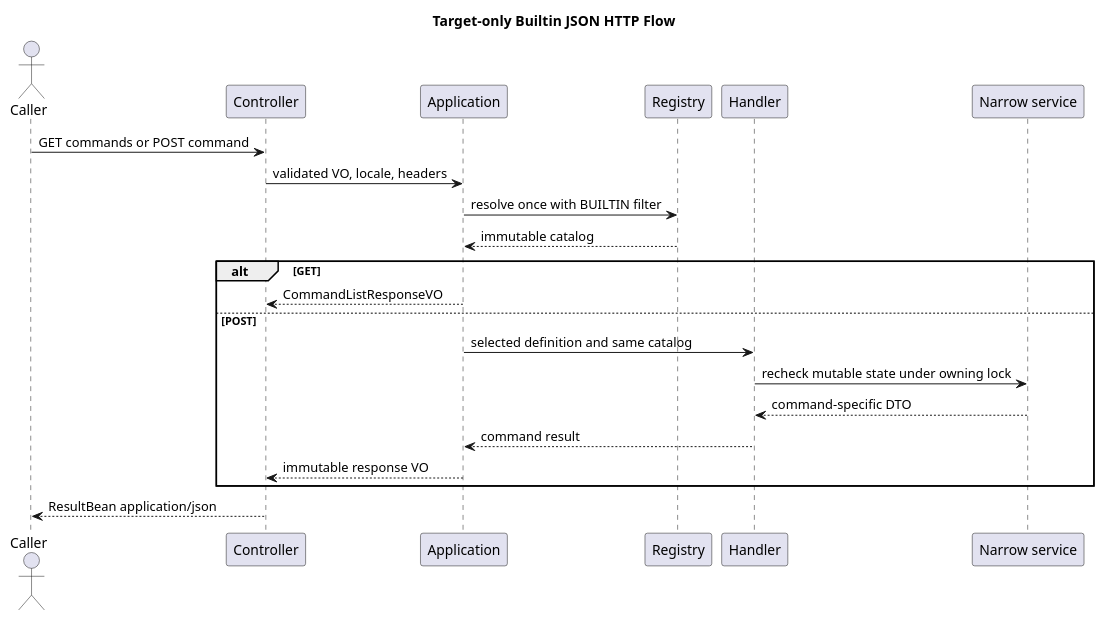
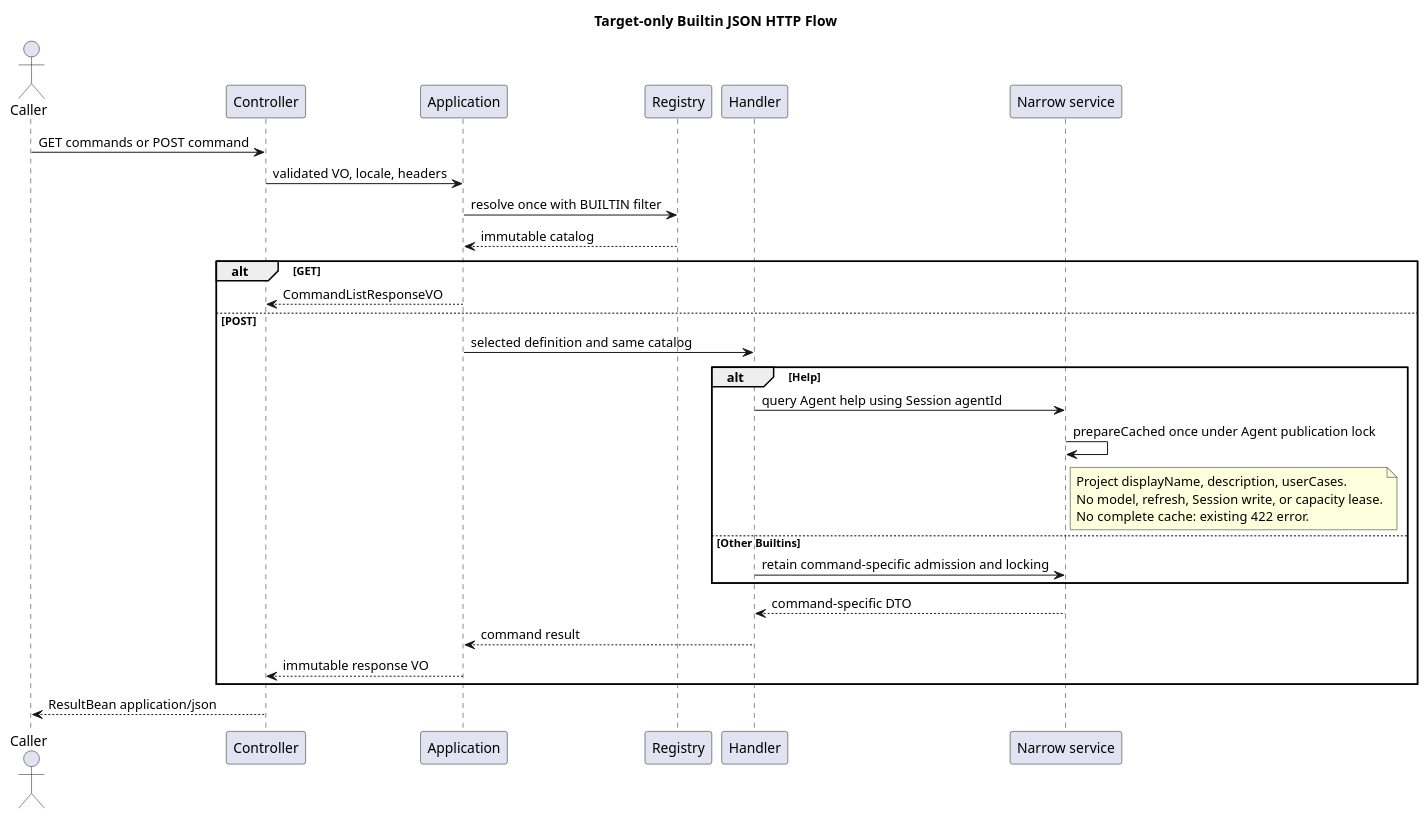
The first of 2 diagrams in 01-总体架构/01-CampusClaw多Agent运行时/设计图/Command/diagram.puml (ssm0808/pi-mono-java-design), drawn with PlantUML before and after one commit. The commit also changed 21 other files, not shown here.

Commit message:
docs(command): 确认 Help 元数据指南并同步 Runtime 契约

```diff
--- a/01-总体架构/01-CampusClaw多Agent运行时/设计图/Command/diagram.puml
+++ b/01-总体架构/01-CampusClaw多Agent运行时/设计图/Command/diagram.puml
@@ -1,26 +1,38 @@
 @startuml command_http_flow
 title Target-only Builtin JSON HTTP Flow
 ' Source evidence: pi-mono-java@d84dd3d6 modules/coding-agent-cli/src/main/java/com/campusclaw/codingagent/runtimeapi/web/RuntimeSessionController.java getSession.
 ' Architecture change: command routes use ResultBean JSON and no request SSE.
+' Source evidence: pi-mono-java@d8e22562 modules/coding-agent-cli/src/main/java/com/campusclaw/codingagent/runtime/AgentRuntimeManager.java prepareCached and toRuntime.
+' Product decision: Help uses authored Agent metadata; it does not format the command catalog.
 skinparam shadowing false
 actor Caller
 participant Controller
 participant Application
 participant Registry
 participant Handler
 participant "Narrow service" as Service
 Caller -> Controller : GET commands or POST command
 Controller -> Application : validated VO, locale, headers
 Application -> Registry : resolve once with BUILTIN filter
 Registry --> Application : immutable catalog
 alt GET
   Application --> Controller : CommandListResponseVO
 else POST
   Application -> Handler : selected definition and same catalog
-  Handler -> Service : recheck mutable state under owning lock
+  alt Help
+    Handler -> Service : query Agent help using Session agentId
+    Service -> Service : prepareCached once under Agent publication lock
+    note right of Service
+      Project displayName, description, userCases.
+      No model, refresh, Session write, or capacity lease.
+      No complete cache: existing 422 error.
+    end note
+  else Other Builtins
+    Handler -> Service : retain command-specific admission and locking
+  end
   Service --> Handler : command-specific DTO
   Handler --> Application : command result
   Application --> Controller : immutable response VO
 end
 Controller --> Caller : ResultBean application/json
 @enduml
```
